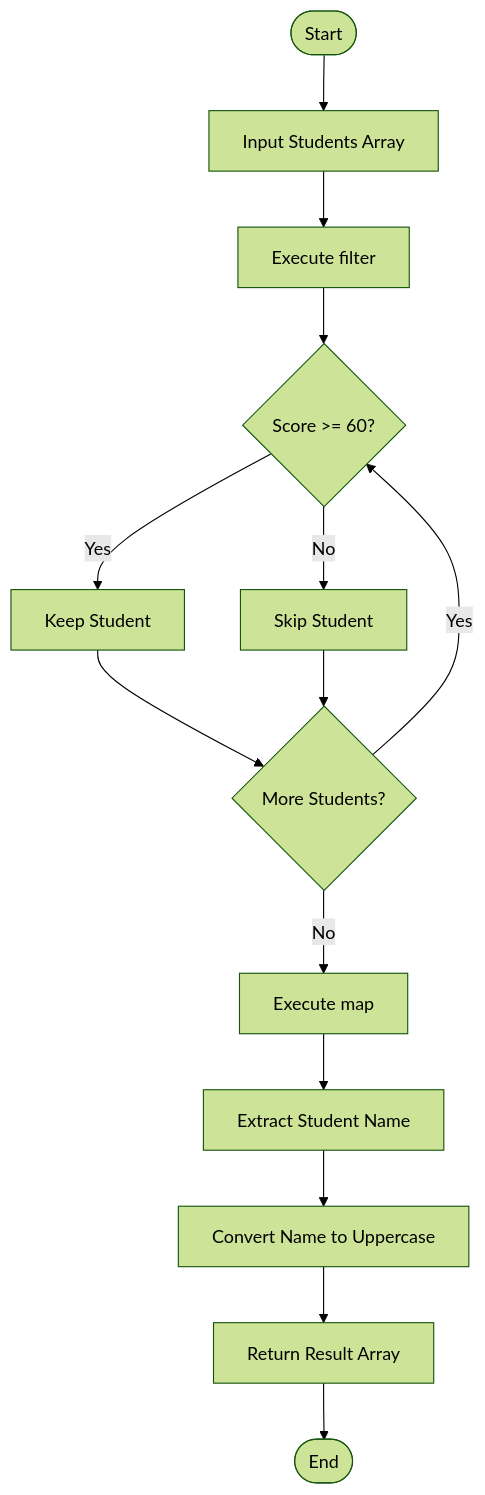
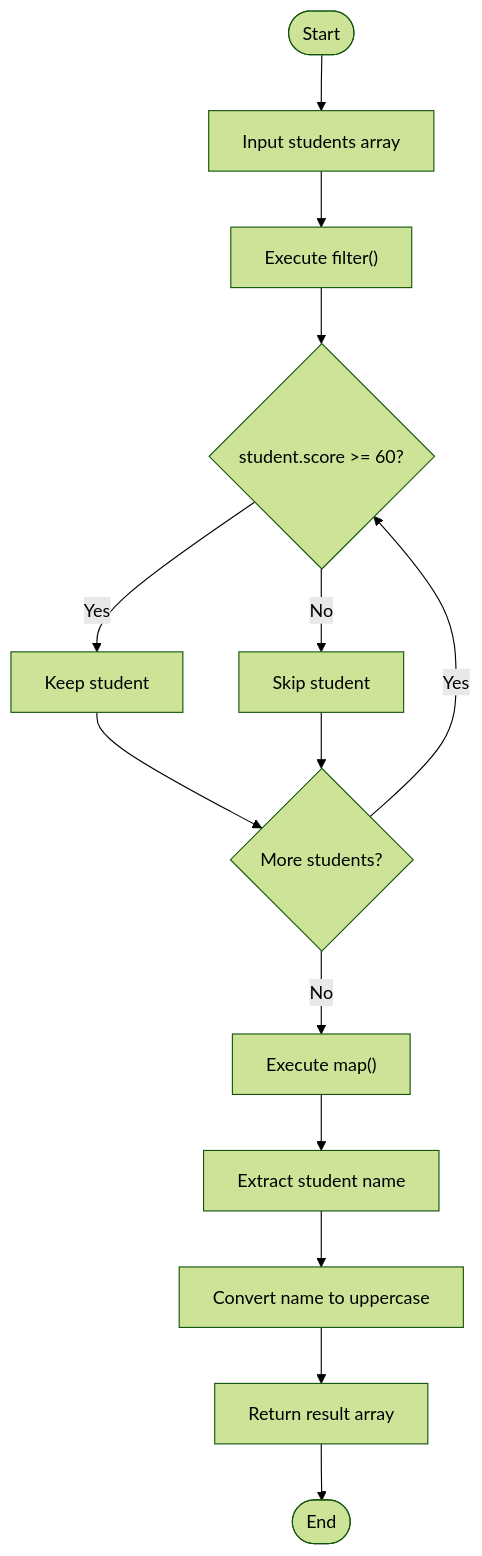
One commit to accio-hyd/JS2-test-questions changed diagram 11 of 11 in README.md. Above: the diagram before and after it, drawn with Mermaid (forest theme). The commit also changed other lines of this file, not shown here.

````diff
--- a/README.md
+++ b/README.md
@@ -1210,16 +1214,16 @@
 ```mermaid
 flowchart TD
-    A([Start]) --> B[Input Students Array]
-    B --> C[Execute filter]
-    C --> D{Score >= 60?}
-    D -- Yes --> E[Keep Student]
-    D -- No --> F[Skip Student]
-    E --> G{More Students?}
+    A([Start]) --> B["Input students array"]
+    B --> C["Execute filter()"]
+    C --> D{"student.score >= 60?"}
+    D -->|Yes| E["Keep student"]
+    D -->|No| F["Skip student"]
+    E --> G{"More students?"}
     F --> G
-    G -- Yes --> D
-    G -- No --> H[Execute map]
-    H --> I[Extract Student Name]
-    I --> J[Convert Name to Uppercase]
-    J --> K[Return Result Array]
+    G -->|Yes| D
+    G -->|No| H["Execute map()"]
+    H --> I["Extract student name"]
+    I --> J["Convert name to uppercase"]
+    J --> K["Return result array"]
     K --> L([End])
 ```
````
